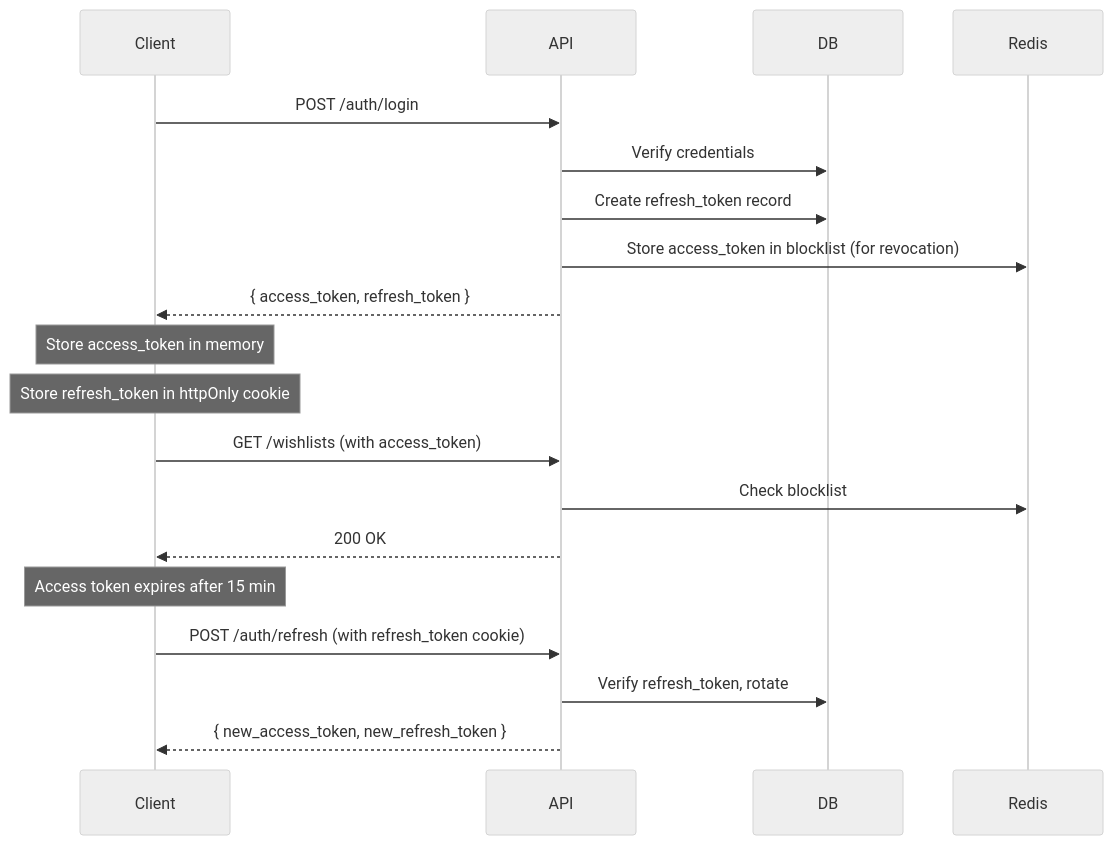
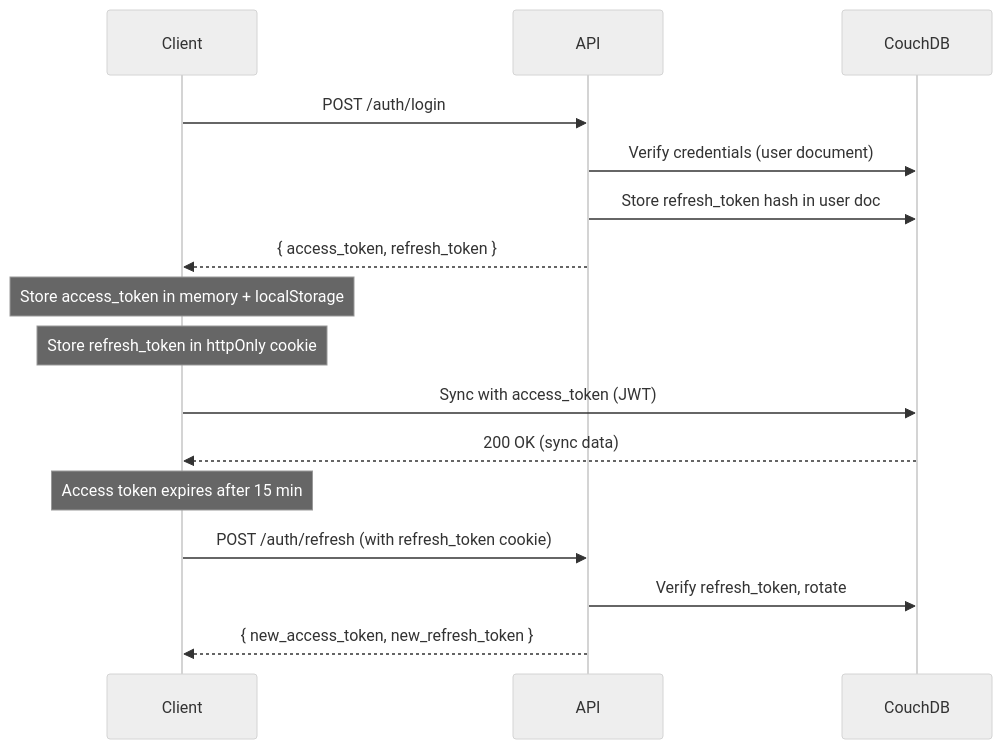
One commit to mrkutin/wish-with-me-codex changed the diagram in docs/06-auth.md. Above: the diagram before and after it, drawn with Mermaid (neutral theme). The commit also changed other lines of this file and 13 other files, not shown here.

First line of the commit message:
Update all documentation for CouchDB/PouchDB architecture

````diff
--- a/docs/06-auth.md
+++ b/docs/06-auth.md
@@ -37,26 +38,23 @@
 ```mermaid
 sequenceDiagram
     participant Client
     participant API
-    participant DB
-    participant Redis
+    participant CouchDB
 
     Client->>API: POST /auth/login
-    API->>DB: Verify credentials
-    API->>DB: Create refresh_token record
-    API->>Redis: Store access_token in blocklist (for revocation)
+    API->>CouchDB: Verify credentials (user document)
+    API->>CouchDB: Store refresh_token hash in user doc
     API-->>Client: { access_token, refresh_token }
 
-    Note over Client: Store access_token in memory
+    Note over Client: Store access_token in memory + localStorage
     Note over Client: Store refresh_token in httpOnly cookie
 
-    Client->>API: GET /wishlists (with access_token)
-    API->>Redis: Check blocklist
-    API-->>Client: 200 OK
+    Client->>CouchDB: Sync with access_token (JWT)
+    CouchDB-->>Client: 200 OK (sync data)
 
     Note over Client: Access token expires after 15 min
 
     Client->>API: POST /auth/refresh (with refresh_token cookie)
-    API->>DB: Verify refresh_token, rotate
+    API->>CouchDB: Verify refresh_token, rotate
     API-->>Client: { new_access_token, new_refresh_token }
 ```
````
